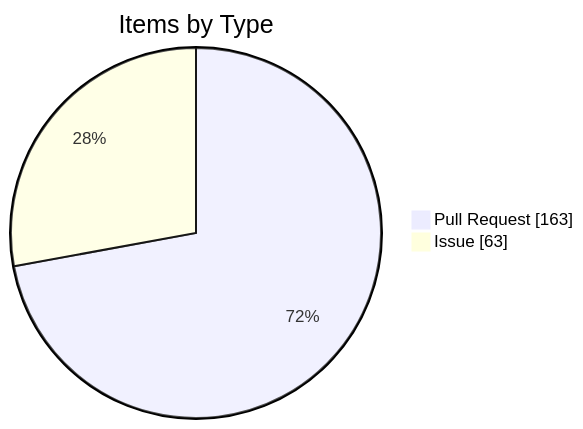
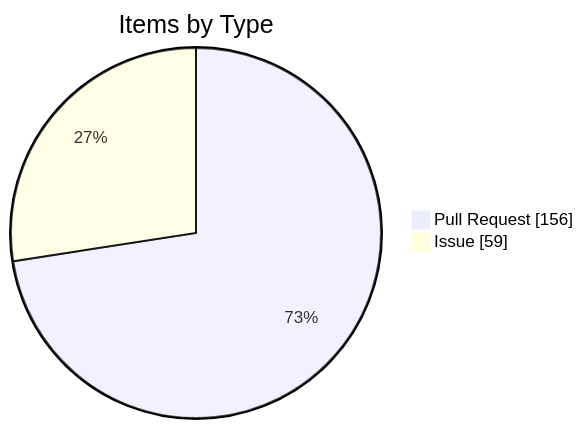
One commit to KBVE/kbve changed the fourth of 4 diagrams in apps/kbve/astro-kbve/src/content/docs/dashboard/kanban-data.mdx. Above: the diagram before and after it, drawn with Mermaid. The commit also changed other lines of this file and 8 other files, not shown here.

````diff
--- a/apps/kbve/astro-kbve/src/content/docs/dashboard/kanban-data.mdx
+++ b/apps/kbve/astro-kbve/src/content/docs/dashboard/kanban-data.mdx
@@ -116,6 +116,6 @@
 ```mermaid
 pie showData
     title Items by Type
-    "Pull Request" : 163
-    "Issue" : 63
+    "Pull Request" : 156
+    "Issue" : 59
 ```
````
